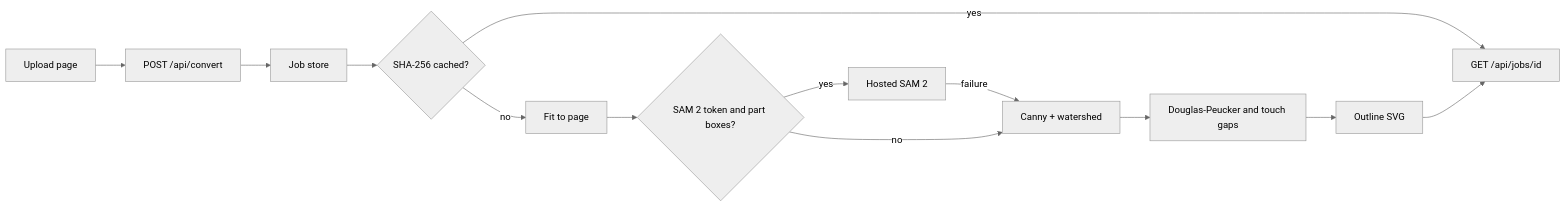
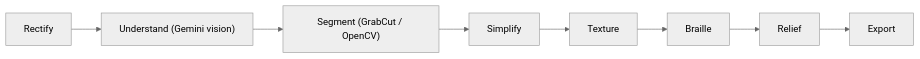
Before and after one commit to DhruvalAnandkar/touchsight: the diagram in README.md, drawn with Mermaid (neutral theme). The commit also changed other lines of this file and 2 other files, not shown here.

````diff
--- a/README.md
+++ b/README.md
@@ -16,15 +28,10 @@
 ```mermaid
 flowchart LR
-  browser[Upload page] --> convert["POST /api/convert"]
-  convert --> store[Job store]
-  store --> cache{SHA-256 cached?}
-  cache -->|yes| job["GET /api/jobs/id"]
-  cache -->|no| fit[Fit to page]
-  fit --> sam{SAM 2 token and part boxes?}
-  sam -->|yes| hosted[Hosted SAM 2]
-  hosted -->|failure| cv[Canny + watershed]
-  sam -->|no| cv
-  cv --> simplify[Douglas-Peucker and touch gaps]
-  simplify --> svg[Outline SVG]
-  svg --> job
+  rectify[Rectify] --> understand["Understand (Gemini vision)"]
+  understand --> segment["Segment (GrabCut / OpenCV)"]
+  segment --> simplify[Simplify]
+  simplify --> texture[Texture]
+  texture --> braille[Braille]
+  braille --> relief[Relief]
+  relief --> export[Export]
 ```
````
